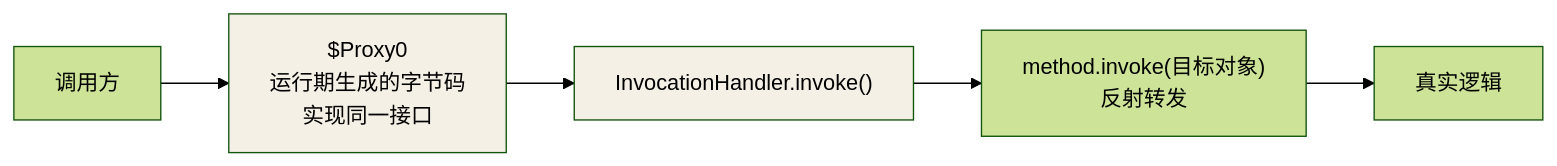
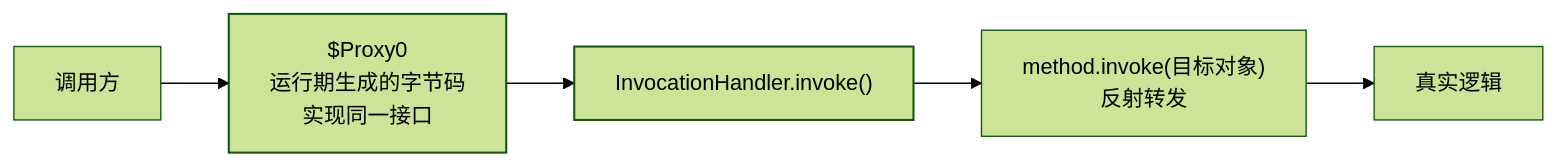
Before and after one commit to Loadhao/ascension: the second of 2 diagrams in src/content/docs/java/basic/syntax/06-reflection-annotation.md, drawn with Mermaid (forest theme). The commit also changed 87 other files, not shown here.

First line of the commit message:
fix: 全站图表配色改由主题接管，修复暗色主题下浅底浅字看不清

````diff
--- a/src/content/docs/java/basic/syntax/06-reflection-annotation.md
+++ b/src/content/docs/java/basic/syntax/06-reflection-annotation.md
@@ -118,10 +118,11 @@
 ```mermaid
 flowchart LR
     C["调用方"] --> P["$Proxy0<br/>运行期生成的字节码<br/>实现同一接口"]
     P --> H["InvocationHandler.invoke()"]
     H --> R["method.invoke(目标对象)<br/>反射转发"]
     R --> T["真实逻辑"]
 
-    style P fill:#f5f0e6
-    style H fill:#f5f0e6
+    class P hl
+    class H hl
+    classDef hl stroke-width:1.5px
 ```
````
